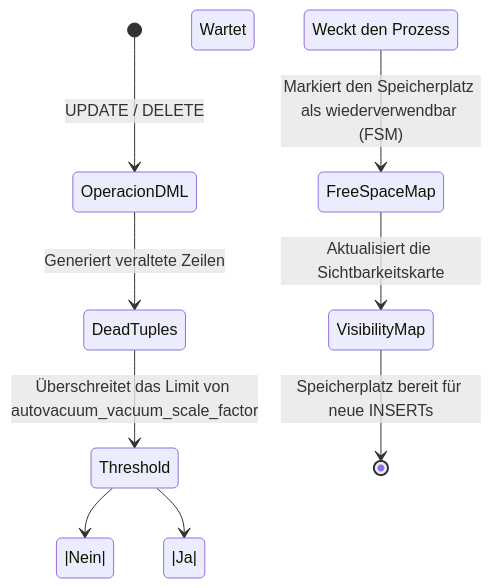
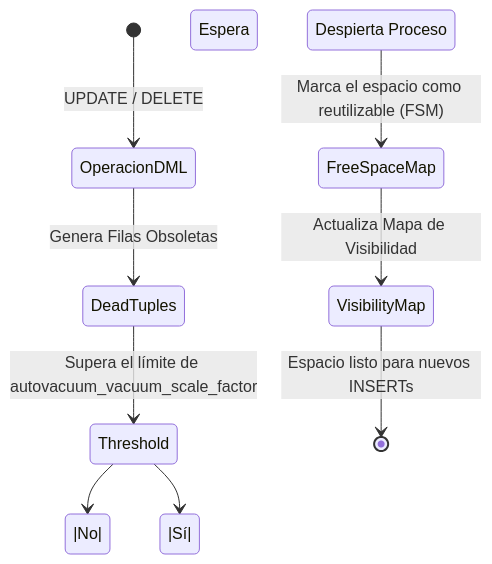
The first of 2 diagrams in public/docs/de/postgres_avanzado.md (gjpierp/nmergeia), drawn with Mermaid before and after one commit. The commit also changed other lines of this file and 518 other files, not shown here.

````diff
--- a/public/docs/de/postgres_avanzado.md
+++ b/public/docs/de/postgres_avanzado.md
@@ -40,11 +40,11 @@
 ```mermaid
 stateDiagram-v2
     [*] --> OperacionDML: UPDATE / DELETE
-    OperacionDML --> DeadTuples: Generiert veraltete Zeilen
-    DeadTuples --> Threshold: Überschreitet das Limit von autovacuum_vacuum_scale_factor
-    Threshold -->|Nein| Wartet
-    Threshold -->|Ja| AutovacuumWorker: Weckt den Prozess
-    AutovacuumWorker --> FreeSpaceMap: Markiert den Speicherplatz als wiederverwendbar (FSM)
-    FreeSpaceMap --> VisibilityMap: Aktualisiert die Sichtbarkeitskarte
-    VisibilityMap --> [*]: Speicherplatz bereit für neue INSERTs
+    OperacionDML --> DeadTuples: Genera Filas Obsoletas
+    DeadTuples --> Threshold: Supera el límite de autovacuum_vacuum_scale_factor
+    Threshold -->|No| Espera
+    Threshold -->|Sí| AutovacuumWorker: Despierta Proceso
+    AutovacuumWorker --> FreeSpaceMap: Marca el espacio como reutilizable (FSM)
+    FreeSpaceMap --> VisibilityMap: Actualiza Mapa de Visibilidad
+    VisibilityMap --> [*]: Espacio listo para nuevos INSERTs
 ```
````
